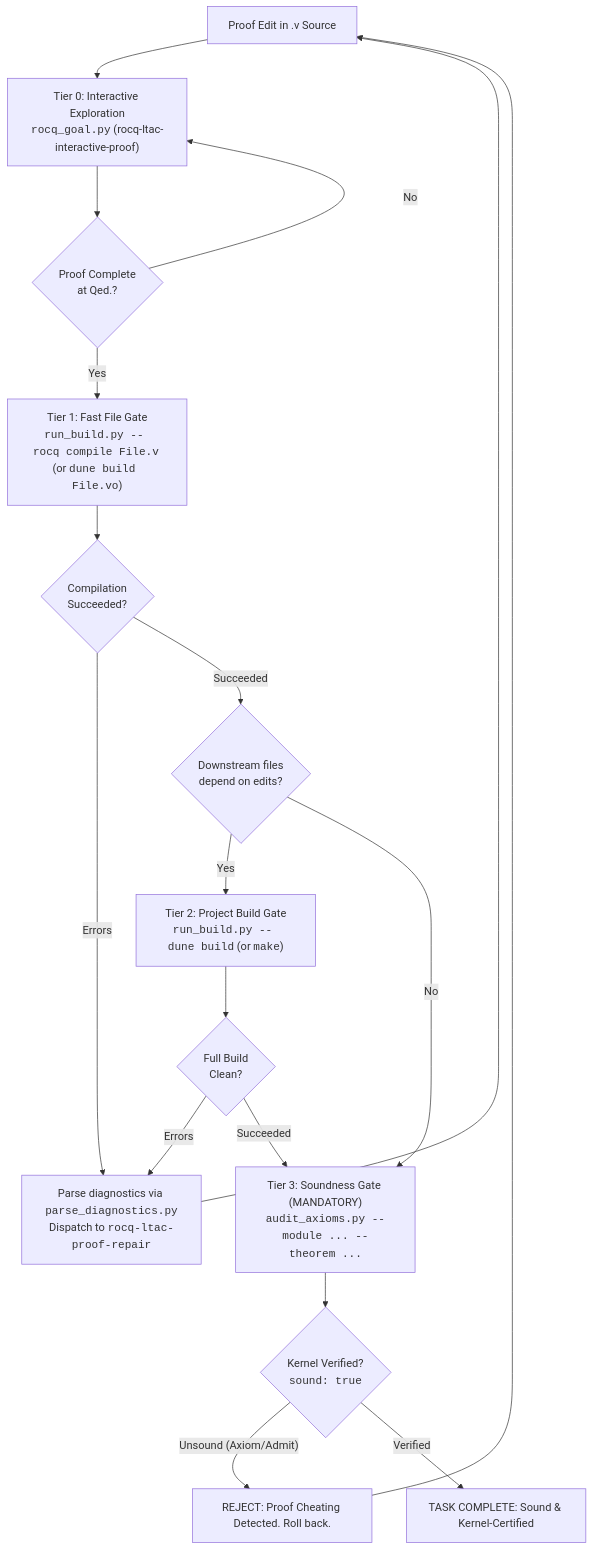
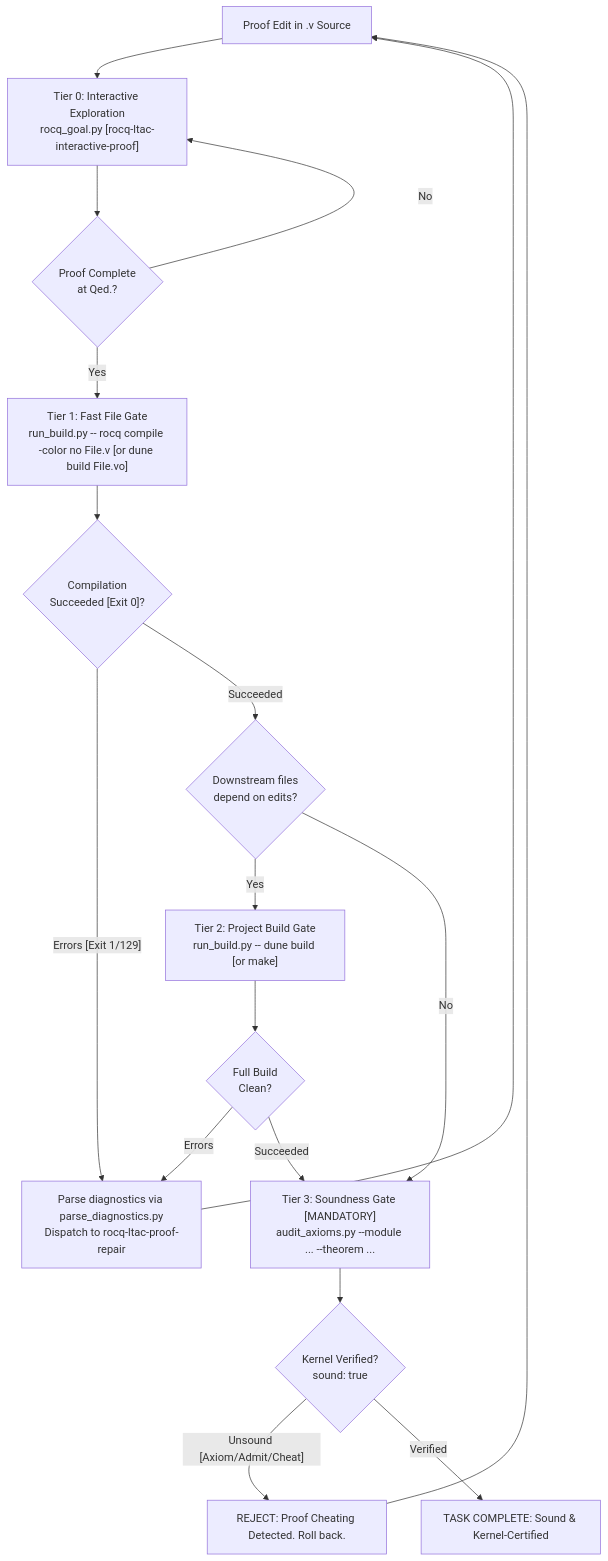
One commit to MI-1222/rocq-ltac-skills changed the diagram in skills/rocq-ltac-cli/SKILL.md. Above: the diagram before and after it, drawn with Mermaid. The commit also changed other lines of this file and 6 other files, not shown here.

````diff
--- a/skills/rocq-ltac-cli/SKILL.md
+++ b/skills/rocq-ltac-cli/SKILL.md
@@ -54,20 +69,20 @@
 ```mermaid
 graph TD
-  A[Proof Edit in .v Source] --> B["Tier 0: Interactive Exploration<br/><code>rocq_goal.py</code> (rocq-ltac-interactive-proof)"]
+  A["Proof Edit in .v Source"] --> B["Tier 0: Interactive Exploration<br/>rocq_goal.py [rocq-ltac-interactive-proof]"]
   B --> C{"Proof Complete<br/>at Qed.?"}
-  C -- No --> B
-  C -- Yes --> D["Tier 1: Fast File Gate<br/><code>run_build.py -- rocq compile File.v</code> (or <code>dune build File.vo</code>)"]
-  D --> E{"Compilation<br/>Succeeded?"}
-  E -- Errors --> F["Parse diagnostics via <code>parse_diagnostics.py</code><br/>Dispatch to <code>rocq-ltac-proof-repair</code>"]
+  C -- "No" --> B
+  C -- "Yes" --> D["Tier 1: Fast File Gate<br/>run_build.py -- rocq compile -color no File.v [or dune build File.vo]"]
+  D --> E{"Compilation<br/>Succeeded [Exit 0]?"}
+  E -- "Errors [Exit 1/129]" --> F["Parse diagnostics via parse_diagnostics.py<br/>Dispatch to rocq-ltac-proof-repair"]
   F --> A
-  E -- Succeeded --> G{"Downstream files<br/>depend on edits?"}
-  G -- Yes --> H["Tier 2: Project Build Gate<br/><code>run_build.py -- dune build</code> (or <code>make</code>)"]
-  G -- No --> J
+  E -- "Succeeded" --> G{"Downstream files<br/>depend on edits?"}
+  G -- "Yes" --> H["Tier 2: Project Build Gate<br/>run_build.py -- dune build [or make]"]
+  G -- "No" --> J
   H --> I{"Full Build<br/>Clean?"}
-  I -- Errors --> F
-  I -- Succeeded --> J["Tier 3: Soundness Gate (MANDATORY)<br/><code>audit_axioms.py --module ... --theorem ...</code>"]
-  J --> K{"Kernel Verified?<br/><code>sound: true</code>"}
-  K -- Unsound (Axiom/Admit) --> L[REJECT: Proof Cheating Detected. Roll back.]
+  I -- "Errors" --> F
+  I -- "Succeeded" --> J["Tier 3: Soundness Gate [MANDATORY]<br/>audit_axioms.py --module ... --theorem ..."]
+  J --> K{"Kernel Verified?<br/>sound: true"}
+  K -- "Unsound [Axiom/Admit/Cheat]" --> L["REJECT: Proof Cheating Detected. Roll back."]
   L --> A
-  K -- Verified --> M[TASK COMPLETE: Sound & Kernel-Certified]
+  K -- "Verified" --> M["TASK COMPLETE: Sound & Kernel-Certified"]
 ```
````
